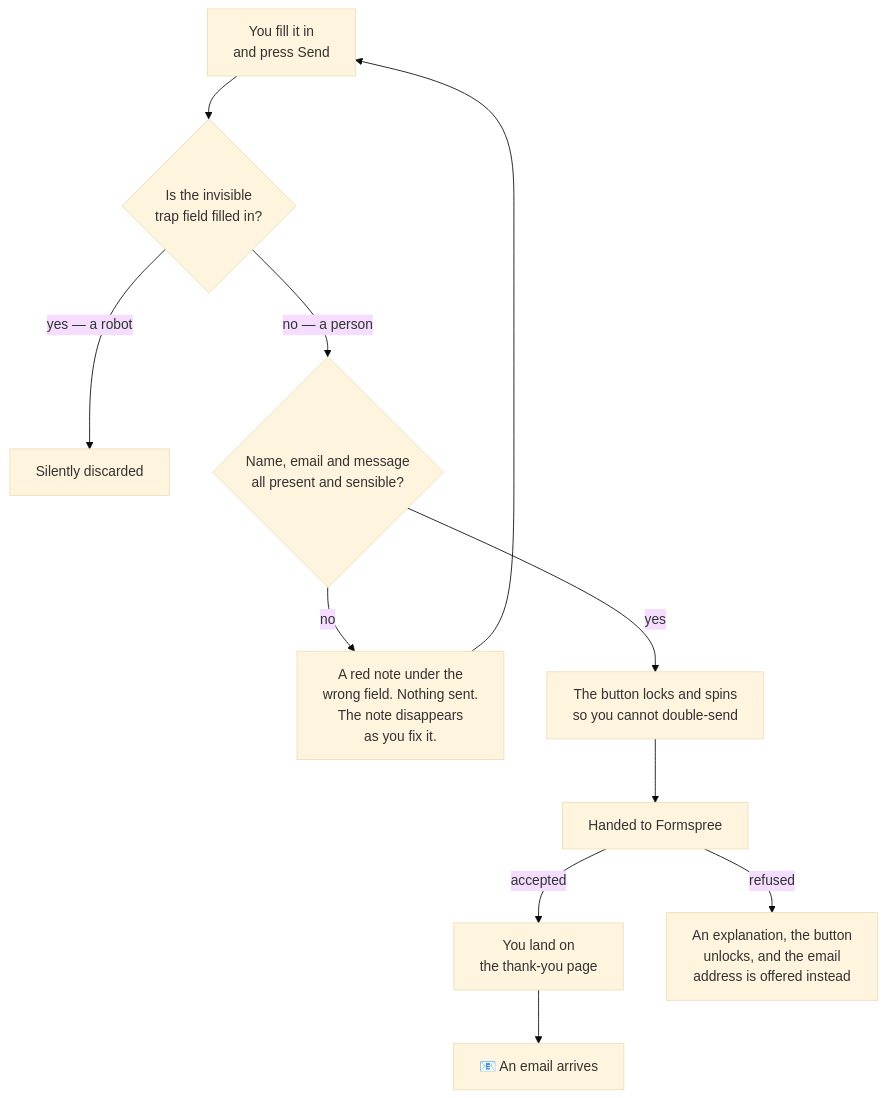
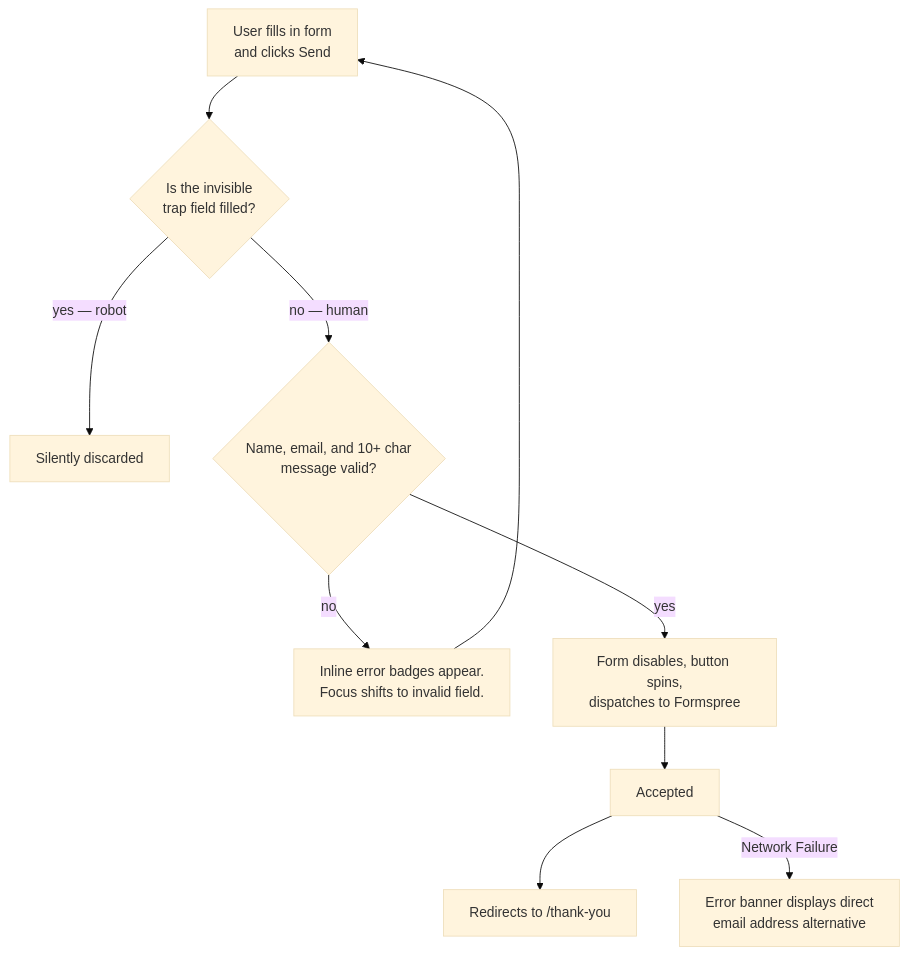
One commit to Srinivasan-78/srinivasan-78.github.io changed the sixth of 8 diagrams in README.md. Above: the diagram before and after it, drawn with Mermaid (base theme). The commit also changed other lines of this file, not shown here.

Commit message:
Update README.md to reflect enhanced portfolio details and clarify project architecture

````diff
--- a/README.md
+++ b/README.md
@@ -287,13 +249,12 @@
 ```mermaid
 flowchart TD
-    A["You fill it in<br/>and press Send"] --> B{"Is the invisible<br/>trap field filled in?"}
-    B -- "yes — a robot" --> Z["Silently discarded"]
-    B -- "no — a person" --> C{"Name, email and message<br/>all present and sensible?"}
-    C -- "no" --> D["A red note under the<br/>wrong field. Nothing sent.<br/>The note disappears<br/>as you fix it."]
+    A["User fills in form<br/>and clicks Send"] --> B{"Is the invisible<br/>trap field filled?"}
+    B -- "yes — robot" --> Z["Silently discarded"]
+    B -- "no — human" --> C{"Name, email, and 10+ char<br/>message valid?"}
+    C -- "no" --> D["Inline error badges appear.<br/>Focus shifts to invalid field."]
     D --> A
-    C -- "yes" --> E["The button locks and spins<br/>so you cannot double-send"]
-    E --> F["Handed to Formspree"]
-    F -- "accepted" --> G["You land on<br/>the thank-you page"]
-    F -- "refused" --> H["An explanation, the button<br/>unlocks, and the email<br/>address is offered instead"]
-    G --> I["📧 An email arrives"]
+    C -- "yes" --> E["Form disables, button spins,<br/>dispatches to Formspree"]
+    E --> F["Accepted"]
+    F --> G["Redirects to /thank-you"]
+    F -- "Network Failure" --> H["Error banner displays direct<br/>email address alternative"]
 ```
````
